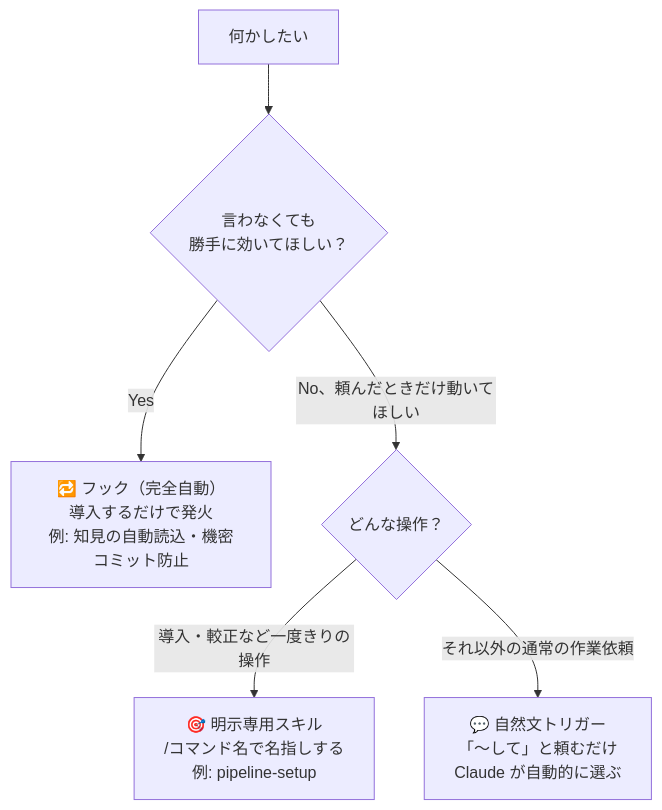
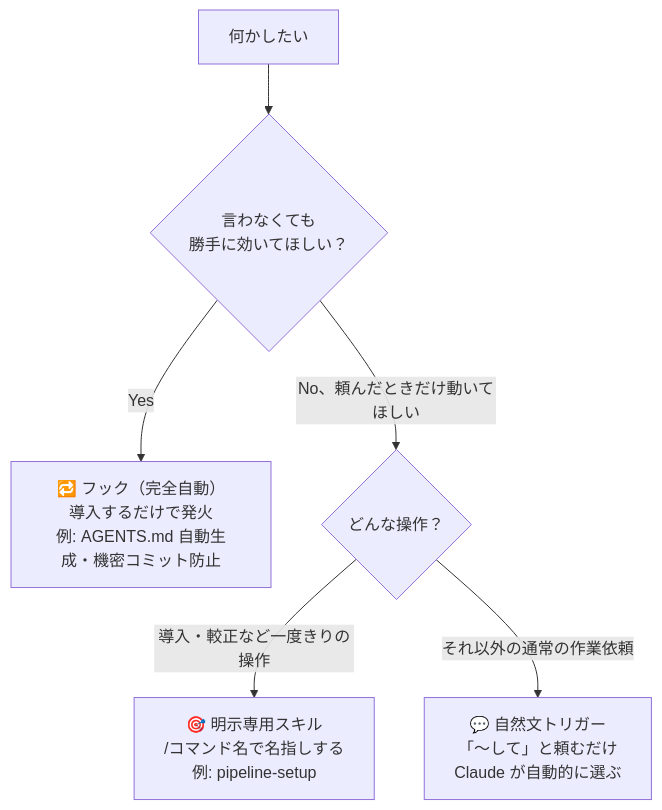
The second of 2 diagrams in README.md (mrkxlia/claude-code-workbench-ja), drawn with Mermaid before and after one commit. The commit also changed other lines of this file and 4 other files, not shown here.

````diff
--- a/README.md
+++ b/README.md
@@ -48,8 +48,8 @@
 ```mermaid
 flowchart TD
     A["何かしたい"] --> B{"言わなくても<br/>勝手に効いてほしい？"}
-    B -->|"Yes"| C["🔁 フック（完全自動）<br/>導入するだけで発火<br/>例: 知見の自動読込・機密コミット防止"]
+    B -->|"Yes"| C["🔁 フック（完全自動）<br/>導入するだけで発火<br/>例: AGENTS.md 自動生成・機密コミット防止"]
     B -->|"No、頼んだときだけ動いてほしい"| D{"どんな操作？"}
     D -->|"導入・較正など一度きりの操作"| E["🎯 明示専用スキル<br/>/コマンド名で名指しする<br/>例: pipeline-setup"]
     D -->|"それ以外の通常の作業依頼"| F["💬 自然文トリガー<br/>「〜して」と頼むだけ<br/>Claude が自動的に選ぶ"]
 ```
````
